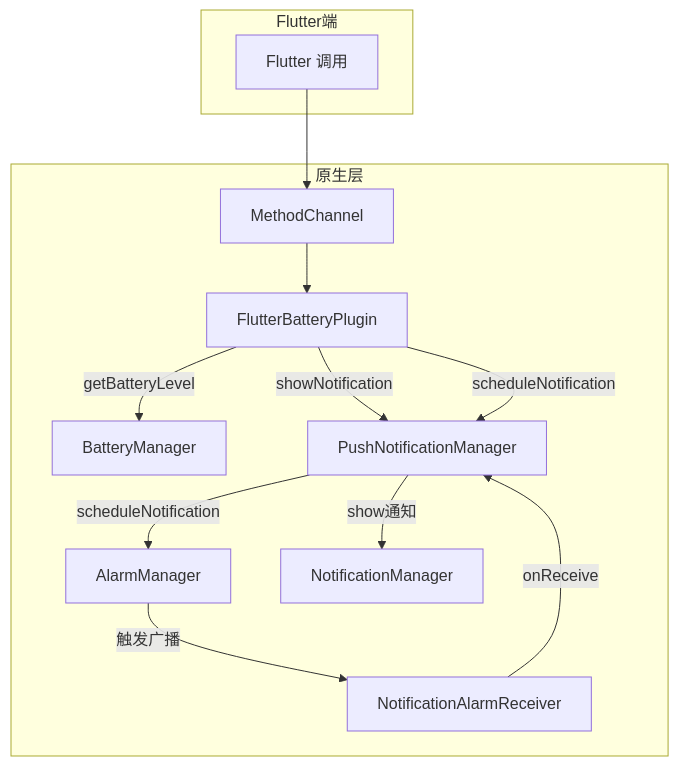
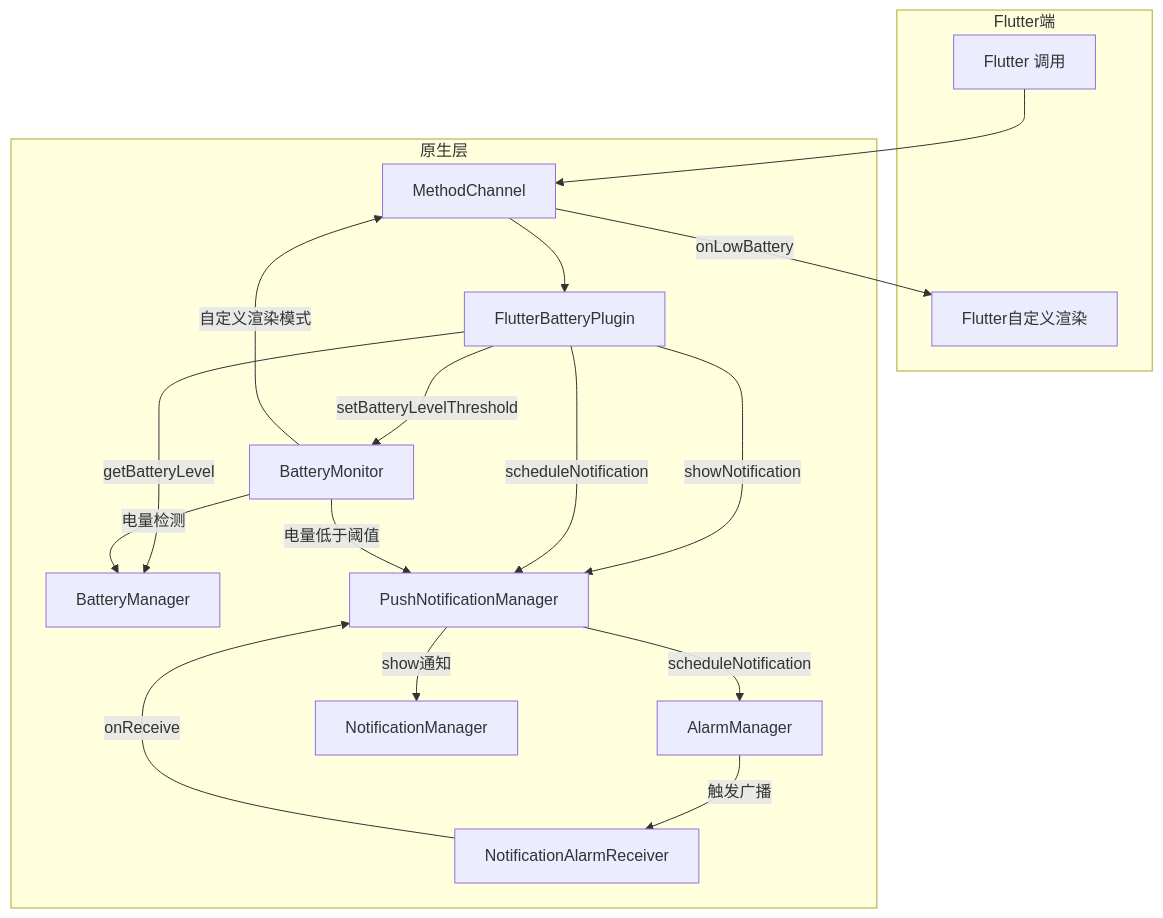
The first of 2 diagrams in README.md (lizy-coding/flutter_battery), drawn with Mermaid before and after one commit. The commit also changed other lines of this file and 8 other files, not shown here.

````diff
--- a/README.md
+++ b/README.md
@@ -13,25 +16,32 @@
 ```mermaid
 flowchart TD
   subgraph Flutter端
     A[Flutter 调用]
+    Z[Flutter自定义渲染]
   end
   subgraph 原生层
     B[MethodChannel]
     C[FlutterBatteryPlugin]
     G[BatteryManager]
+    I[BatteryMonitor]
     D[PushNotificationManager]
     E[AlarmManager]
     F[NotificationAlarmReceiver]
     H[NotificationManager]
   end
 
   A --> B
   B --> C
   C -->|getBatteryLevel| G
   C -->|showNotification| D
   C -->|scheduleNotification| D
+  C -->|setBatteryLevelThreshold| I
+  I -->|电量检测| G
+  I -->|电量低于阈值| D
+  I -- 自定义渲染模式 --> B
+  B -- onLowBattery --> Z
   D -->|scheduleNotification| E
   E -->|触发广播| F
   F -->|onReceive| D
   D -->|show通知| H
 ```
````
